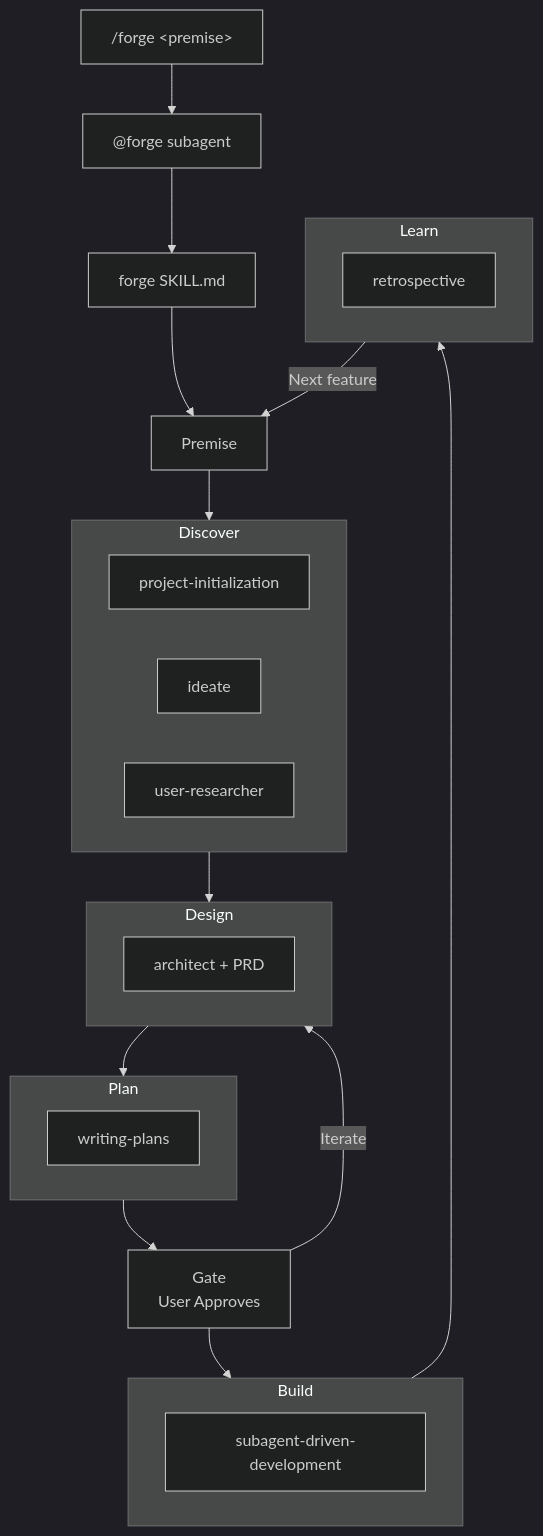
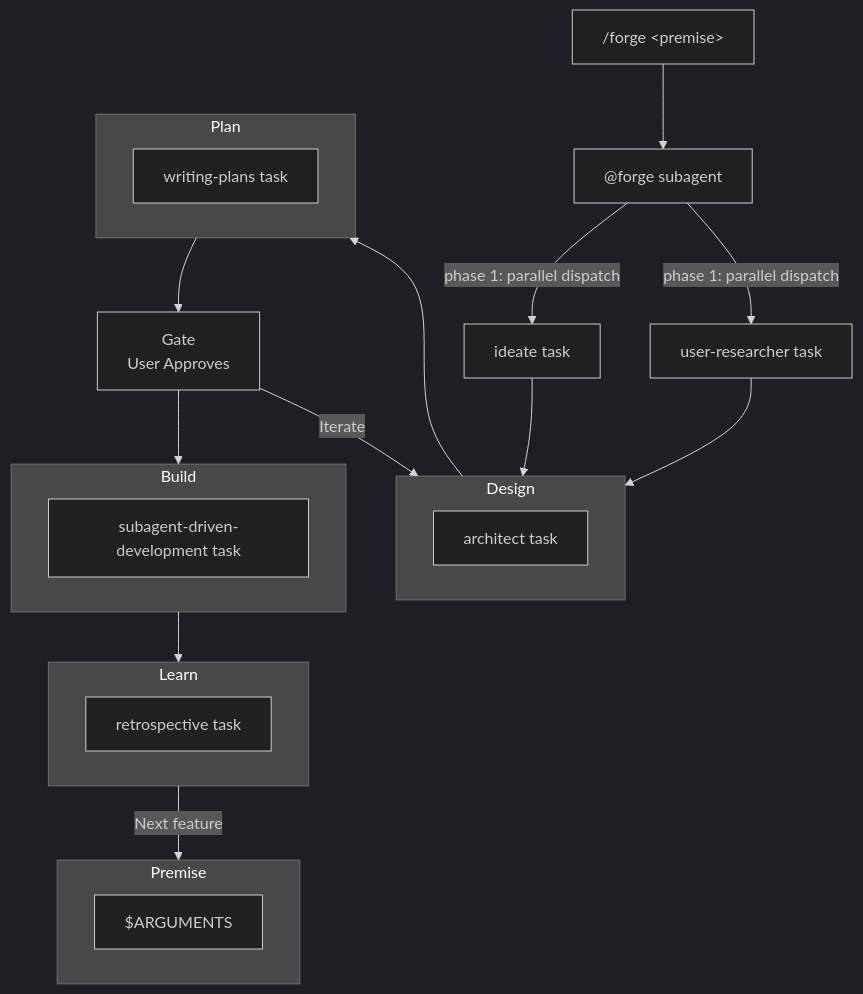
One commit to neoaisac/opencode-productforge changed the diagram in README.md. Above: the diagram before and after it, drawn with Mermaid (dark theme). The commit also changed other lines of this file and 3 other files, not shown here.

First line of the commit message:
fix: redesign forge agent to use concrete task dispatch instead of skill loading

````diff
--- a/README.md
+++ b/README.md
@@ -20,37 +20,34 @@
 ```mermaid
 flowchart TB
     CMD["/forge &lt;premise&gt;"] --> AGT["@forge subagent"]
-    AGT --> SKL["forge SKILL.md"]
-
-    SKL --> P[Premise]
-    P --> D[Discover]
-    D --> D2[Design]
+    AGT -->|"phase 1: parallel dispatch"| ID["ideate task"]
+    AGT -->|"phase 1: parallel dispatch"| UR["user-researcher task"]
+    ID --> D2[Design]
+    UR --> D2
     D2 --> P2[Plan]
     P2 --> G[Gate<br>User Approves]
     G --> B[Build]
     G -->|Iterate| D2
     B --> L[Learn]
     L -->|Next feature| P
 
-    subgraph D[Discover]
-        Init["project-initialization"]
-        ID["ideate"]
-        UR["user-researcher"]
+    subgraph P[Premise]
+        P1["$ARGUMENTS"]
     end
 
     subgraph D2[Design]
-        Arch["architect + PRD"]
+        Arch["architect task"]
     end
 
     subgraph P2[Plan]
-        WP["writing-plans"]
+        WP["writing-plans task"]
     end
 
     subgraph B[Build]
-        Exec["subagent-driven-development"]
+        Exec["subagent-driven-development task"]
     end
 
     subgraph L[Learn]
-        Retro["retrospective"]
+        Retro["retrospective task"]
     end
 ```
````
